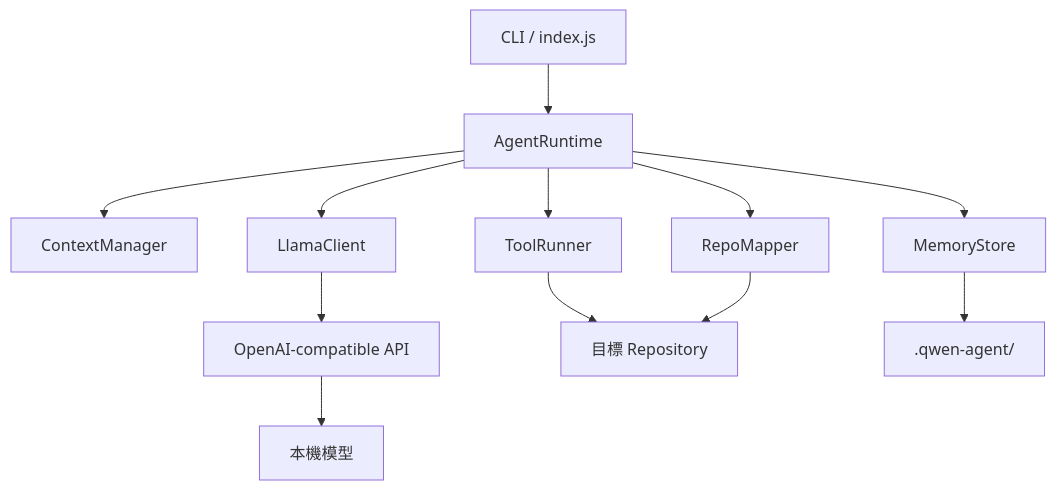
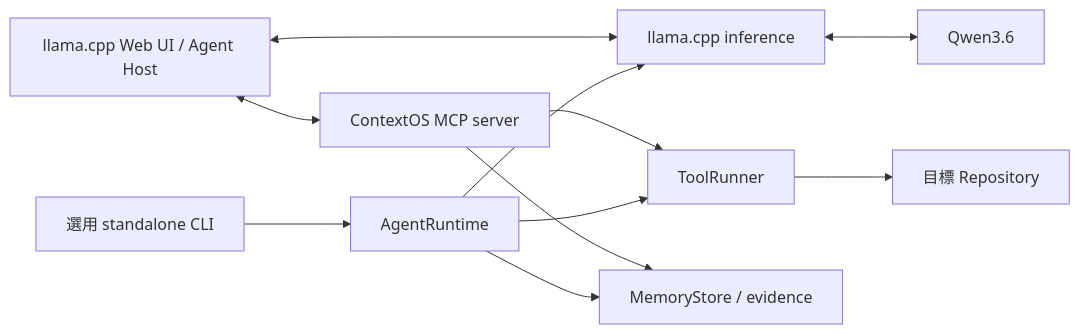
Before and after one commit to HayronHgh/context-os: the second of 3 diagrams in docs/ARCHITECTURE.zh-TW.md, drawn with Mermaid. The commit also changed other lines of this file and 53 other files, not shown here.

Commit message:
feat(bridge): add bounded host context integration

````diff
--- a/docs/ARCHITECTURE.zh-TW.md
+++ b/docs/ARCHITECTURE.zh-TW.md
@@ -47,14 +47,13 @@
 ```mermaid
-flowchart TD
-    CLI["CLI / index.js"] --> AR["AgentRuntime"]
-    AR --> CM["ContextManager"]
-    AR --> TR["ToolRunner"]
-    AR --> MS["MemoryStore"]
-    AR --> RM["RepoMapper"]
-    AR --> LC["LlamaClient"]
-    LC --> API["OpenAI-compatible API"]
-    API --> MODEL["本機模型"]
+flowchart LR
+    HOST["llama.cpp Web UI / Agent Host"] <--> INF["llama.cpp inference"]
+    INF <--> MODEL["Qwen3.6"]
+    HOST <--> MCP["ContextOS MCP server"]
+    MCP --> TR["ToolRunner"]
+    MCP --> MS["MemoryStore / evidence"]
     TR --> REPO["目標 Repository"]
-    RM --> REPO
-    MS --> DISK[".qwen-agent/"]
+    CLI["選用 standalone CLI"] --> AR["AgentRuntime"]
+    AR --> INF
+    AR --> TR
+    AR --> MS
 ```
````
